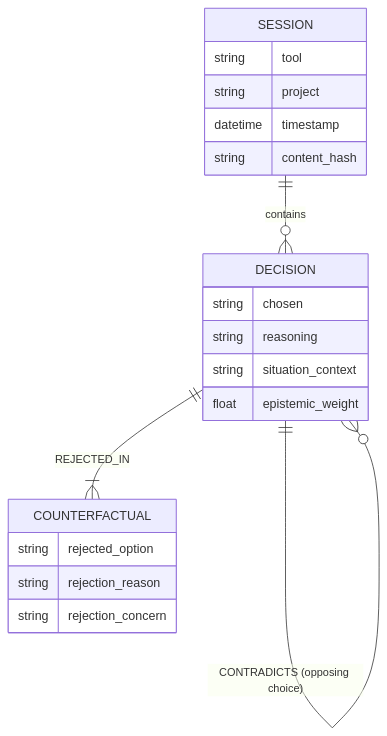
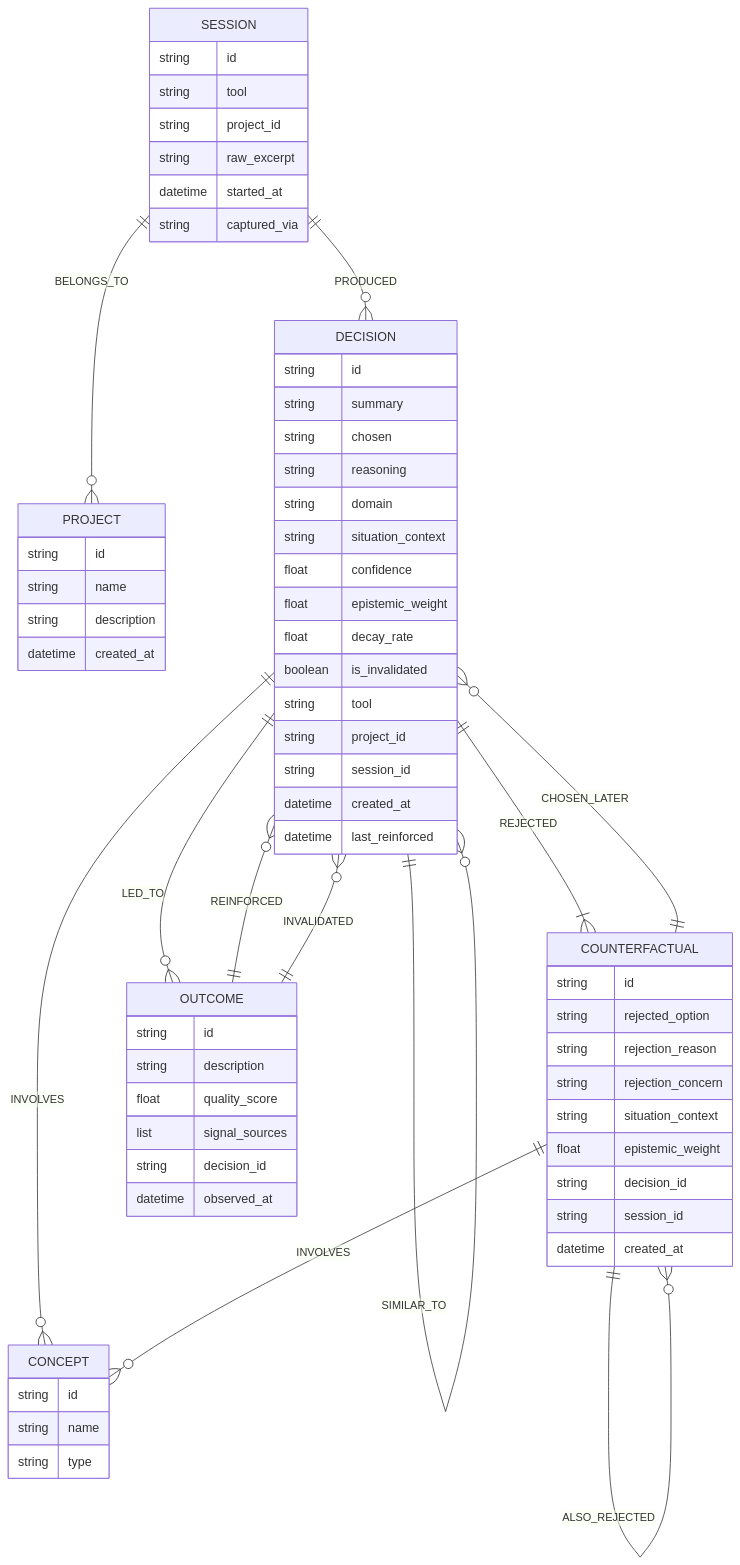
Before and after one commit to bitphonix/Engram: the second of 3 diagrams in README.md, drawn with Mermaid. The commit also changed other lines of this file, not shown here.

Commit message:
Update: Knowledge Base Graph

````diff
--- a/README.md
+++ b/README.md
@@ -149,27 +149,77 @@
 ```mermaid
 erDiagram
     SESSION {
+        string id
         string tool
-        string project
-        datetime timestamp
-        string content_hash
+        string project_id
+        string raw_excerpt
+        datetime started_at
+        string captured_via
+    }
+    PROJECT {
+        string id
+        string name
+        string description
+        datetime created_at
     }
     DECISION {
+        string id
+        string summary
         string chosen
         string reasoning
+        string domain
         string situation_context
+        float confidence
         float epistemic_weight
+        float decay_rate
+        boolean is_invalidated
+        string tool
+        string project_id
+        string session_id
+        datetime created_at
+        datetime last_reinforced
     }
     COUNTERFACTUAL {
+        string id
         string rejected_option
         string rejection_reason
         string rejection_concern
+        string situation_context
+        float epistemic_weight
+        string decision_id
+        string session_id
+        datetime created_at
+    }
+    OUTCOME {
+        string id
+        string description
+        float quality_score
+        list signal_sources
+        string decision_id
+        datetime observed_at
+    }
+    CONCEPT {
+        string id
+        string name
+        string type
     }
 
-    SESSION ||--o{ DECISION : "contains"
-    DECISION ||--|{ COUNTERFACTUAL : "REJECTED_IN"
-    DECISION ||--o{ DECISION : "CAUSED_BY (builds on)"
-    DECISION ||--o{ DECISION : "SUPERSEDES (replaces)"
-    DECISION ||--o{ DECISION : "SIMILAR_TO (semantic match)"
-    DECISION ||--o{ DECISION : "CONTRADICTS (opposing choice)"
+    SESSION ||--o{ PROJECT : "BELONGS_TO"
+    SESSION ||--o{ DECISION : "PRODUCED"
+    
+    DECISION ||--o{ DECISION : "CAUSED_BY"
+    DECISION ||--o{ DECISION : "SUPERSEDES"
+    DECISION ||--o{ DECISION : "CONTRADICTS"
+    DECISION ||--o{ DECISION : "SIMILAR_TO"
+    
+    DECISION ||--|{ COUNTERFACTUAL : "REJECTED"
+    COUNTERFACTUAL ||--o{ COUNTERFACTUAL : "ALSO_REJECTED"
+    COUNTERFACTUAL ||--o{ DECISION : "CHOSEN_LATER"
+    
+    DECISION ||--o{ OUTCOME : "LED_TO"
+    OUTCOME ||--o{ DECISION : "REINFORCED"
+    OUTCOME ||--o{ DECISION : "INVALIDATED"
+    
+    DECISION ||--o{ CONCEPT : "INVOLVES"
+    COUNTERFACTUAL ||--o{ CONCEPT : "INVOLVES"
 ```
````
